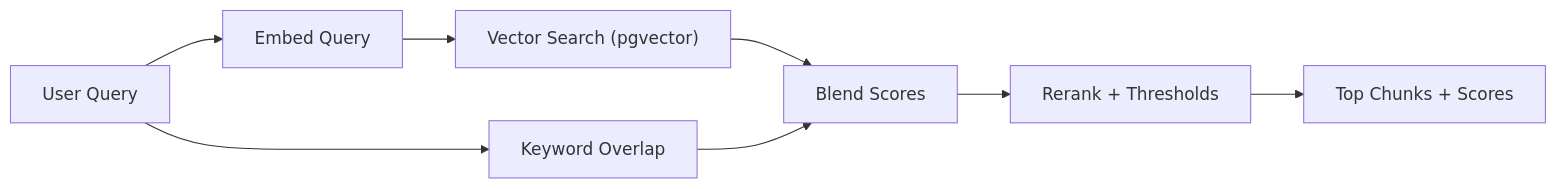
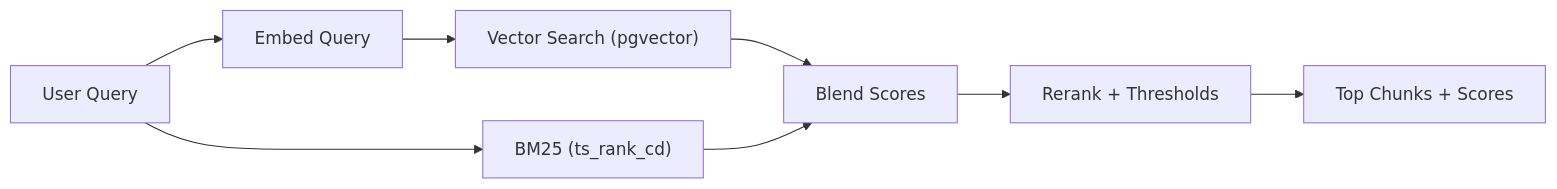
The third of 3 diagrams in docs/architecture.md (felixglush/incident-triage), drawn with Mermaid before and after one commit. The commit also changed other lines of this file and 6 other files, not shown here.

````diff
--- a/docs/architecture.md
+++ b/docs/architecture.md
@@ -71,13 +71,13 @@
 ```mermaid
 flowchart LR
   Q["User Query"]
   E["Embed Query"]
   V["Vector Search (pgvector)"]
-  K["Keyword Overlap"]
+  K["BM25 (ts_rank_cd)"]
   C["Blend Scores"]
   R["Rerank + Thresholds"]
   O["Top Chunks + Scores"]
 
   Q --> E --> V --> C --> R --> O
   Q --> K --> C
 ```
````
